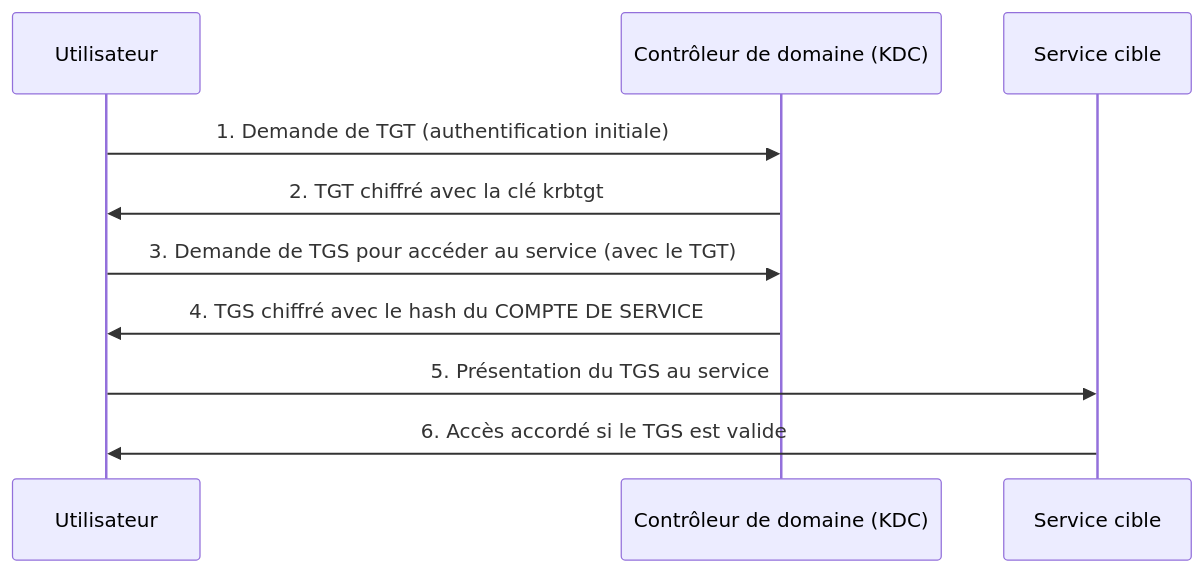
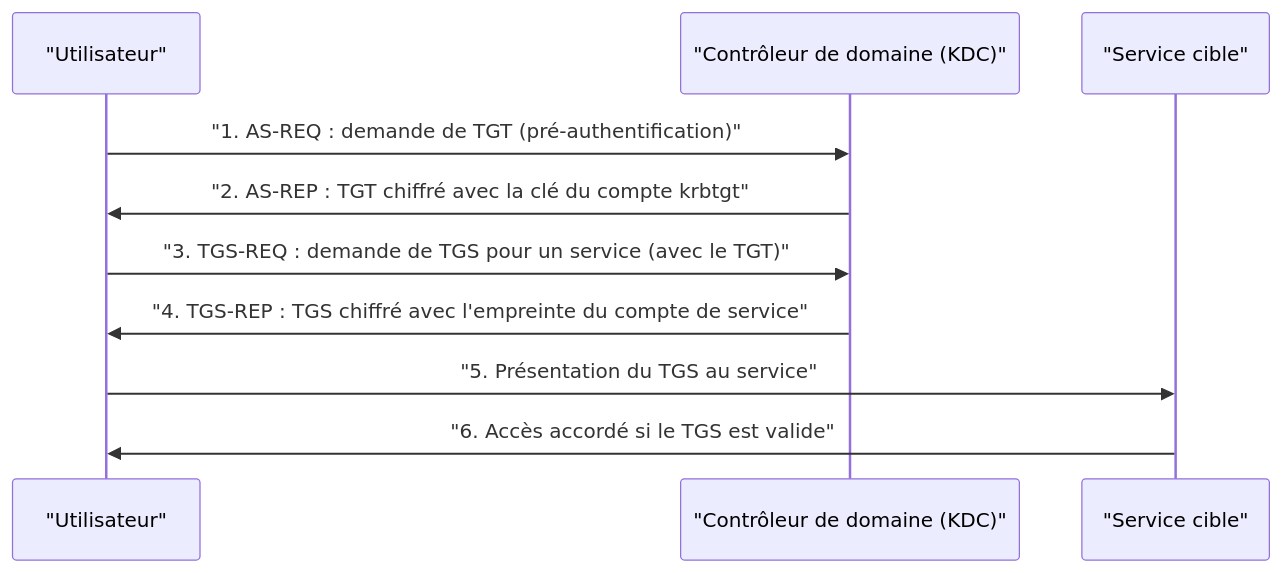
The diagram in content/courses/active-directory/03-kerberos-kerberoasting.md (AureDulvresse/nyx), drawn with Mermaid before and after one commit. The commit also changed other lines of this file and 167 other files, not shown here.

````diff
--- a/content/courses/active-directory/03-kerberos-kerberoasting.md
+++ b/content/courses/active-directory/03-kerberos-kerberoasting.md
@@ -21,12 +26,12 @@
 ```mermaid
 sequenceDiagram
-    participant U as Utilisateur
-    participant KDC as Contrôleur de domaine (KDC)
-    participant S as Service cible
-    U->>KDC: 1. Demande de TGT (authentification initiale)
-    KDC->>U: 2. TGT chiffré avec la clé krbtgt
-    U->>KDC: 3. Demande de TGS pour accéder au service (avec le TGT)
-    KDC->>U: 4. TGS chiffré avec le hash du COMPTE DE SERVICE
-    U->>S: 5. Présentation du TGS au service
-    S->>U: 6. Accès accordé si le TGS est valide
+    participant U as "Utilisateur"
+    participant KDC as "Contrôleur de domaine (KDC)"
+    participant S as "Service cible"
+    U->>KDC: "1. AS-REQ : demande de TGT (pré-authentification)"
+    KDC->>U: "2. AS-REP : TGT chiffré avec la clé du compte krbtgt"
+    U->>KDC: "3. TGS-REQ : demande de TGS pour un service (avec le TGT)"
+    KDC->>U: "4. TGS-REP : TGS chiffré avec l'empreinte du compte de service"
+    U->>S: "5. Présentation du TGS au service"
+    S->>U: "6. Accès accordé si le TGS est valide"
 ```
````
